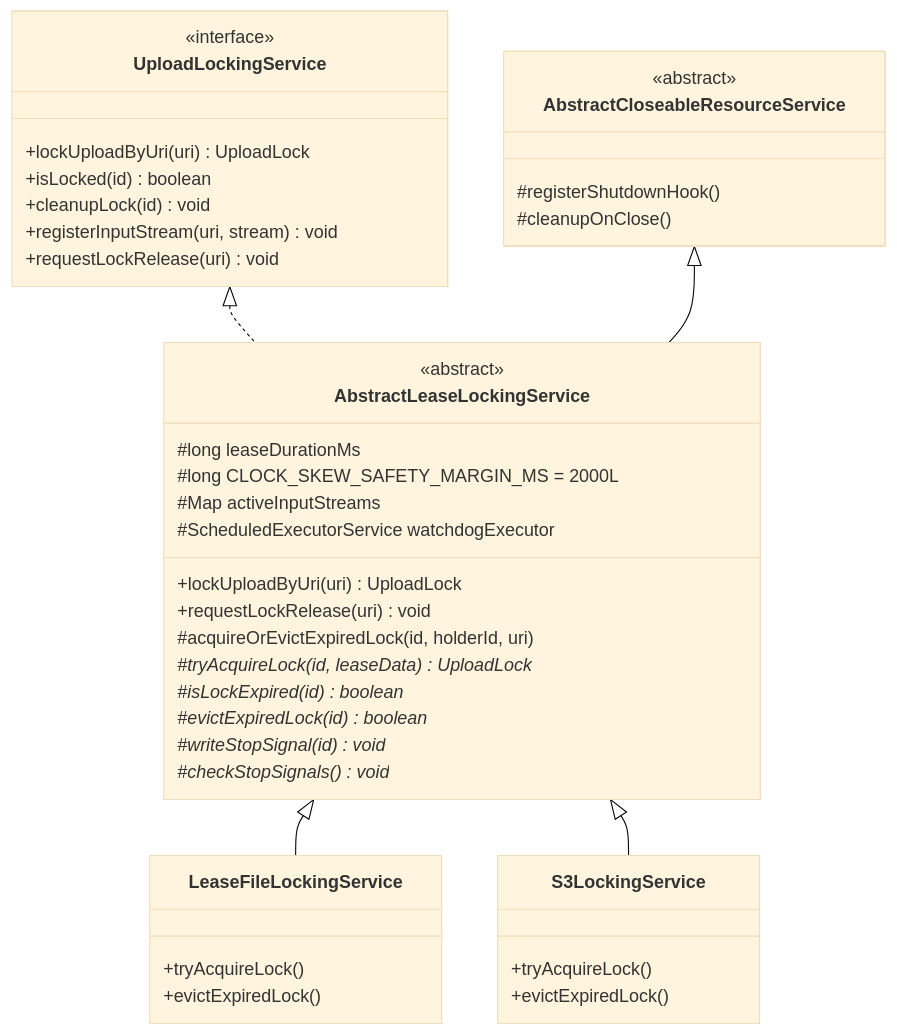
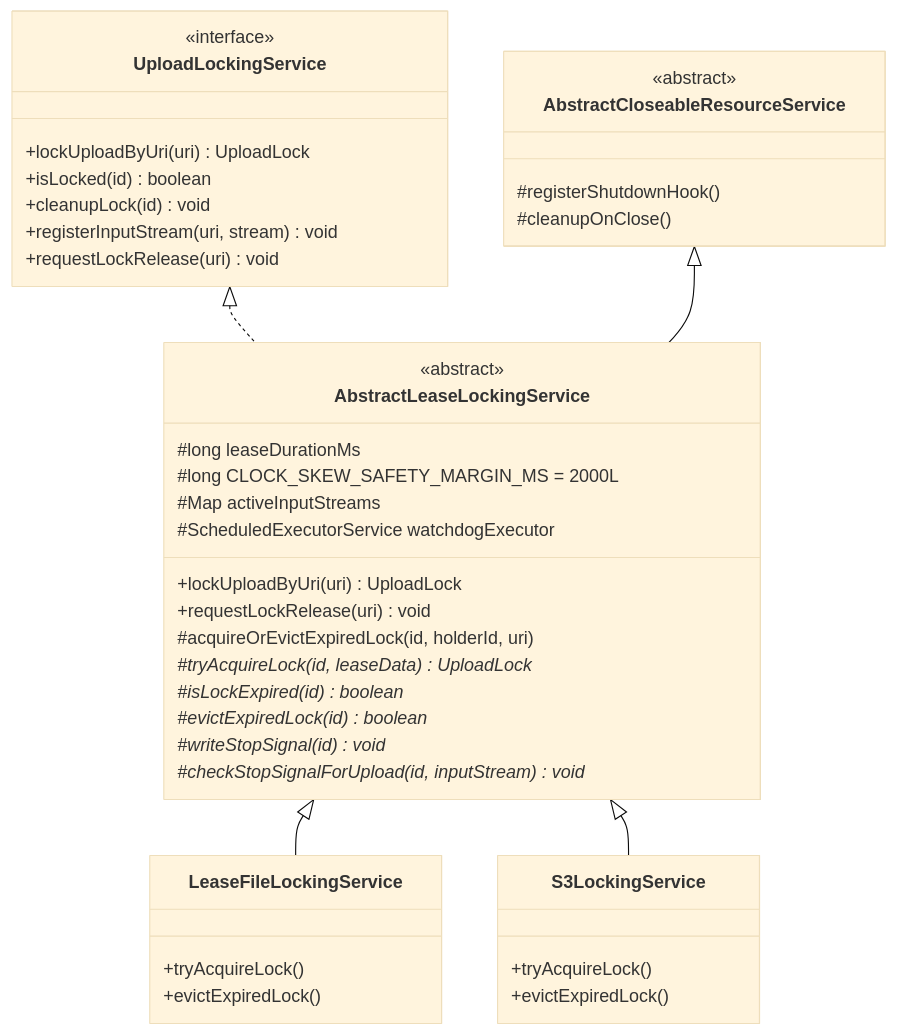
One commit to tomdesair/tus-java-server changed the third of 5 diagrams in docs/ARCHITECTURE.md. Above: the diagram before and after it, drawn with Mermaid (base theme). The commit also changed other lines of this file and 85 other files, not shown here.

````diff
--- a/docs/ARCHITECTURE.md
+++ b/docs/ARCHITECTURE.md
@@ -225,48 +224,48 @@
 ```mermaid
 classDiagram
     class UploadLockingService {
         <<interface>>
         +lockUploadByUri(uri) UploadLock
         +isLocked(id) boolean
         +cleanupLock(id) void
         +registerInputStream(uri, stream) void
         +requestLockRelease(uri) void
     }
 
     class AbstractCloseableResourceService {
         <<abstract>>
         #registerShutdownHook()
         #cleanupOnClose()
     }
 
     class AbstractLeaseLockingService {
         <<abstract>>
         #long leaseDurationMs
         #long CLOCK_SKEW_SAFETY_MARGIN_MS = 2000L
         #Map activeInputStreams
         #ScheduledExecutorService watchdogExecutor
         +lockUploadByUri(uri) UploadLock
         +requestLockRelease(uri) void
         #acquireOrEvictExpiredLock(id, holderId, uri)
         #tryAcquireLock(id, leaseData)* UploadLock
         #isLockExpired(id)* boolean
         #evictExpiredLock(id)* boolean
         #writeStopSignal(id)* void
-        #checkStopSignals()* void
+        #checkStopSignalForUpload(id, inputStream)* void
     }
 
     class LeaseFileLockingService {
         +tryAcquireLock()
         +evictExpiredLock()
     }
 
     class S3LockingService {
         +tryAcquireLock()
         +evictExpiredLock()
     }
 
     UploadLockingService <|.. AbstractLeaseLockingService
     AbstractCloseableResourceService <|-- AbstractLeaseLockingService
     AbstractLeaseLockingService <|-- LeaseFileLockingService
     AbstractLeaseLockingService <|-- S3LockingService
 ```
````
